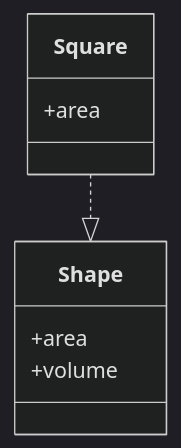
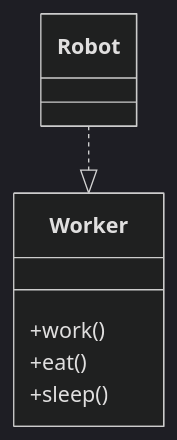
The first of 2 diagrams in System Design/Low Level Design/SOLID Principles/SOLID_005 ISP.md (binarydevelop/Obsidian-study-vault), drawn with Mermaid (dark theme) before and after one commit. The commit also changed other lines of this file, not shown here.

Commit message:
vault backup: 2025-12-29 16:16:48
Affected files:
System Design/Low Level Design/SOLID Principles/SOLID_005 ISP.md

````diff
--- a/System Design/Low Level Design/SOLID Principles/SOLID_005 ISP.md
+++ b/System Design/Low Level Design/SOLID Principles/SOLID_005 ISP.md
@@ -12,13 +12,17 @@
 ```mermaid
 classDiagram
-    class Shape {
-		+area
-		+volume
-    }
 
-    class Square {
-	    +area
+    class Worker {
 
-    }
-    Square ..|> Shape
+        +work()
+
+        +eat()
+
+        +sleep()
+
+    }
+
+    class Robot
+
+    Robot ..|> Worker
 ```
````
